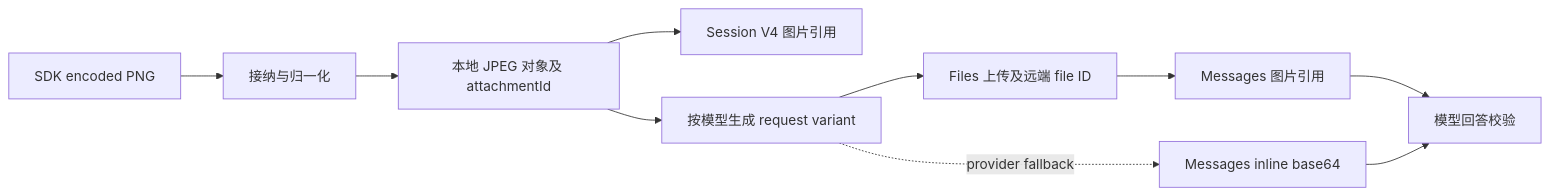
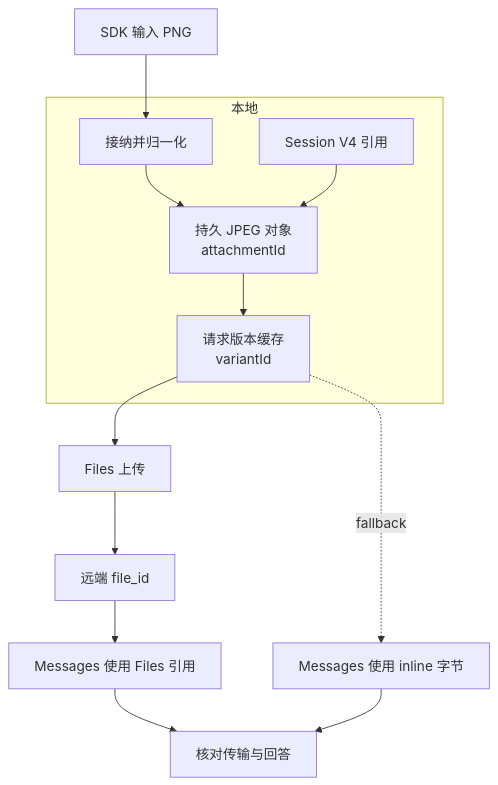
Before and after one commit to eriklee1895/hands-on-dsh: the diagram in labs/attachment-input/README.md, drawn with Mermaid. The commit also changed other lines of this file and 86 other files, not shown here.

Commit message:
docs: improve course narrative, technical guidance, and diagrams

````diff
--- a/labs/attachment-input/README.md
+++ b/labs/attachment-input/README.md
@@ -40,12 +44,15 @@
 ```mermaid
-flowchart LR
-    A[SDK encoded PNG] --> B[接纳与归一化]
-    B --> C[本地 JPEG 对象及 attachmentId]
-    C --> D[Session V4 图片引用]
-    C --> E[按模型生成 request variant]
-    E --> F[Files 上传及远端 file ID]
-    F --> G[Messages 图片引用]
-    E -. provider fallback .-> H[Messages inline base64]
-    G --> I[模型回答校验]
-    H --> I
+flowchart TD
+    A[SDK 输入 PNG] --> B[接纳并归一化]
+    subgraph Local[本地]
+        B --> C[持久 JPEG 对象<br/>attachmentId]
+        D[Session V4 引用] --> C
+        C --> E[请求版本缓存<br/>variantId]
+    end
+    E --> F[Files 上传]
+    F --> G[远端 file_id]
+    G --> H[Messages 使用 Files 引用]
+    E -. fallback .-> I[Messages 使用 inline 字节]
+    H --> J[核对传输与回答]
+    I --> J
 ```
````
